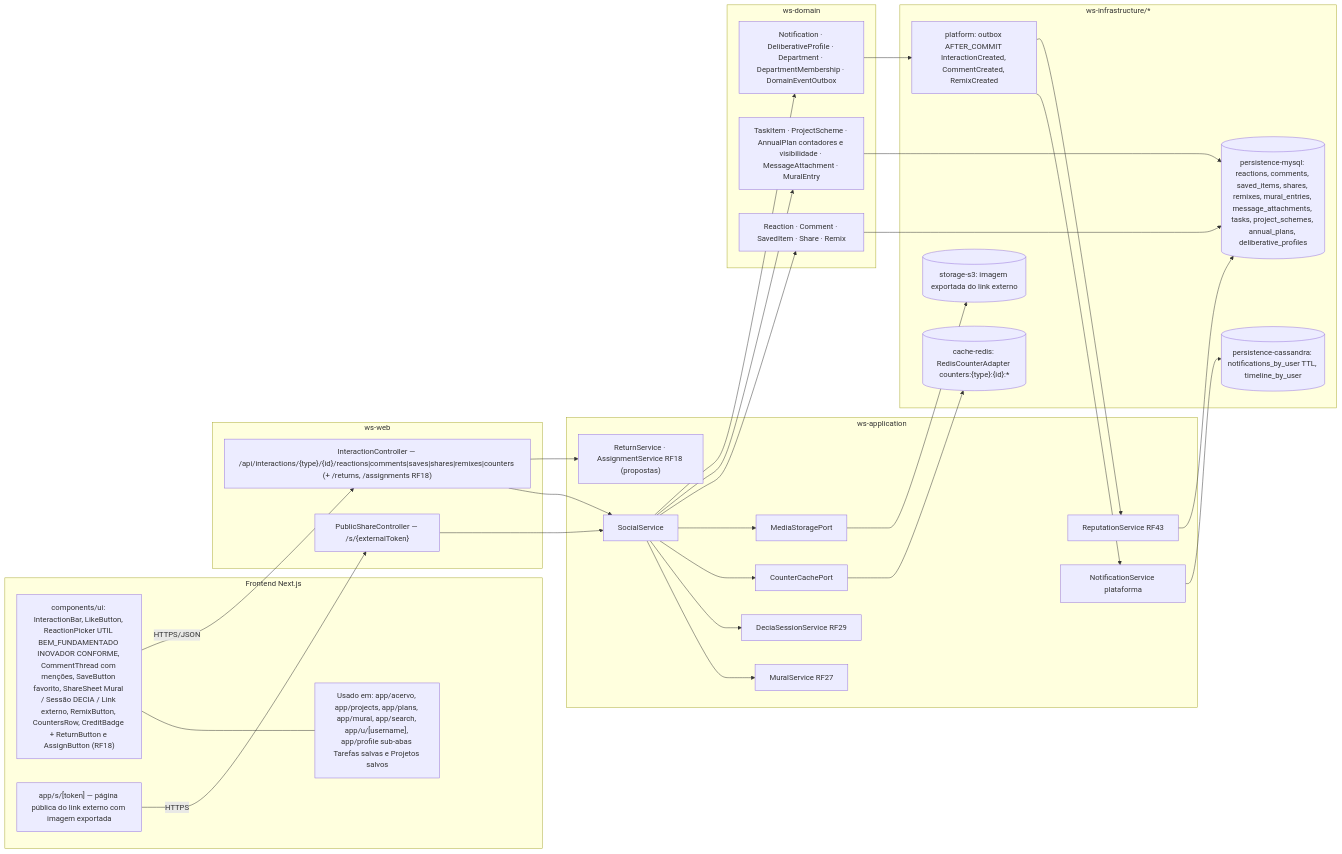
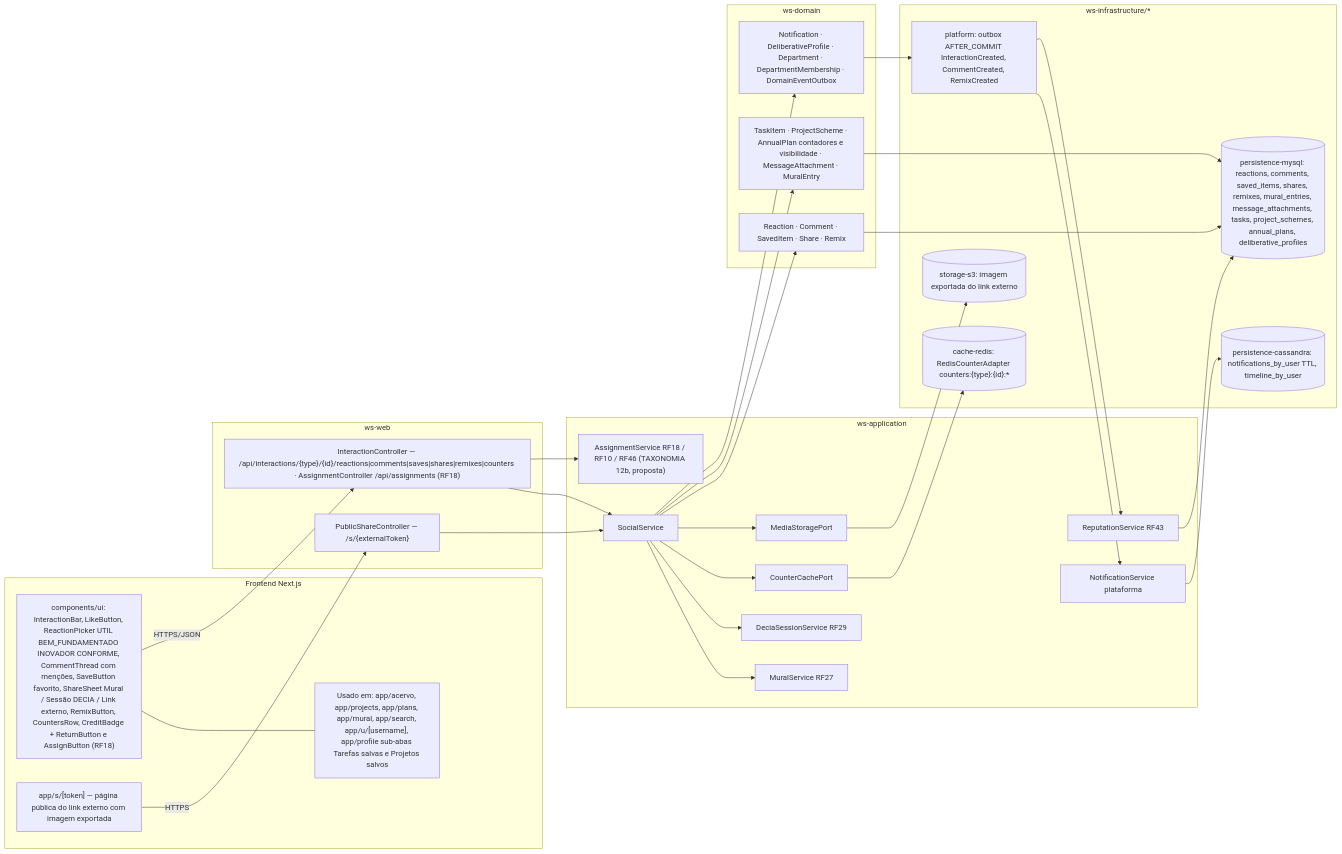
The fifth of 5 diagrams in docs/diagramas/RF19/README.md (MatheusHaliski/Decia-app-2026), drawn with Mermaid before and after one commit. The commit also changed other lines of this file and 3 other files, not shown here.

First line of the commit message:
docs(diagramas): RF18/RF19 alinhados à entidade Assignment; RF13 ajustado

````diff
--- a/docs/diagramas/RF19/README.md
+++ b/docs/diagramas/RF19/README.md
@@ -587,61 +583,61 @@
 ```mermaid
 flowchart LR
   subgraph FE["Frontend Next.js"]
     F1["components/ui: InteractionBar, LikeButton, ReactionPicker UTIL BEM_FUNDAMENTADO INOVADOR CONFORME, CommentThread com menções, SaveButton favorito, ShareSheet Mural / Sessão DECIA / Link externo, RemixButton, CountersRow, CreditBadge + ReturnButton e AssignButton (RF18)"]
     F2["Usado em: app/acervo, app/projects, app/plans, app/mural, app/search, app/u/[username], app/profile sub-abas Tarefas salvas e Projetos salvos"]
     F3["app/s/[token] — página pública do link externo com imagem exportada"]
   end
 
   subgraph WEB["ws-web"]
-    C1["InteractionController — /api/interactions/{type}/{id}/reactions|comments|saves|shares|remixes|counters (+ /returns, /assignments RF18)"]
+    C1["InteractionController — /api/interactions/{type}/{id}/reactions|comments|saves|shares|remixes|counters · AssignmentController /api/assignments (RF18)"]
     C2["PublicShareController — /s/{externalToken}"]
   end
 
   subgraph APP["ws-application"]
     S1["SocialService"]
     S2["MuralService RF27"]
     S3["DeciaSessionService RF29"]
     S4["NotificationService plataforma"]
     S5["ReputationService RF43"]
-    S6["ReturnService · AssignmentService RF18 (propostas)"]
+    S6["AssignmentService RF18 / RF10 / RF46 (TAXONOMIA 12b, proposta)"]
     P1["CounterCachePort"]
     P2["MediaStoragePort"]
   end
 
   subgraph DOM["ws-domain"]
     D1["Reaction · Comment · SavedItem · Share · Remix"]
     D2["TaskItem · ProjectScheme · AnnualPlan contadores e visibilidade · MessageAttachment · MuralEntry"]
     D3["Notification · DeliberativeProfile · Department · DepartmentMembership · DomainEventOutbox"]
   end
 
   subgraph INFRA["ws-infrastructure/*"]
     I1[("persistence-mysql: reactions, comments, saved_items, shares, remixes, mural_entries, message_attachments, tasks, project_schemes, annual_plans, deliberative_profiles")]
     I2[("cache-redis: RedisCounterAdapter counters:{type}:{id}:*")]
     I3[("persistence-cassandra: notifications_by_user TTL, timeline_by_user")]
     I4[("storage-s3: imagem exportada do link externo")]
     I5["platform: outbox AFTER_COMMIT InteractionCreated, CommentCreated, RemixCreated"]
   end
 
   F1 --- F2
   F1 -->|"HTTPS/JSON"| C1
   F3 -->|"HTTPS"| C2
   C1 --> S1
   C1 --> S6
   C2 --> S1
   S1 --> S2
   S1 --> S3
   S1 --> P1
   S1 --> P2
   S1 --> D1
   S1 --> D2
   S1 --> D3
   D3 --> I5
   I5 --> S4
   I5 --> S5
   S4 --> I3
   S5 --> I1
   D1 --> I1
   D2 --> I1
   P1 --> I2
   P2 --> I4
 ```
````
